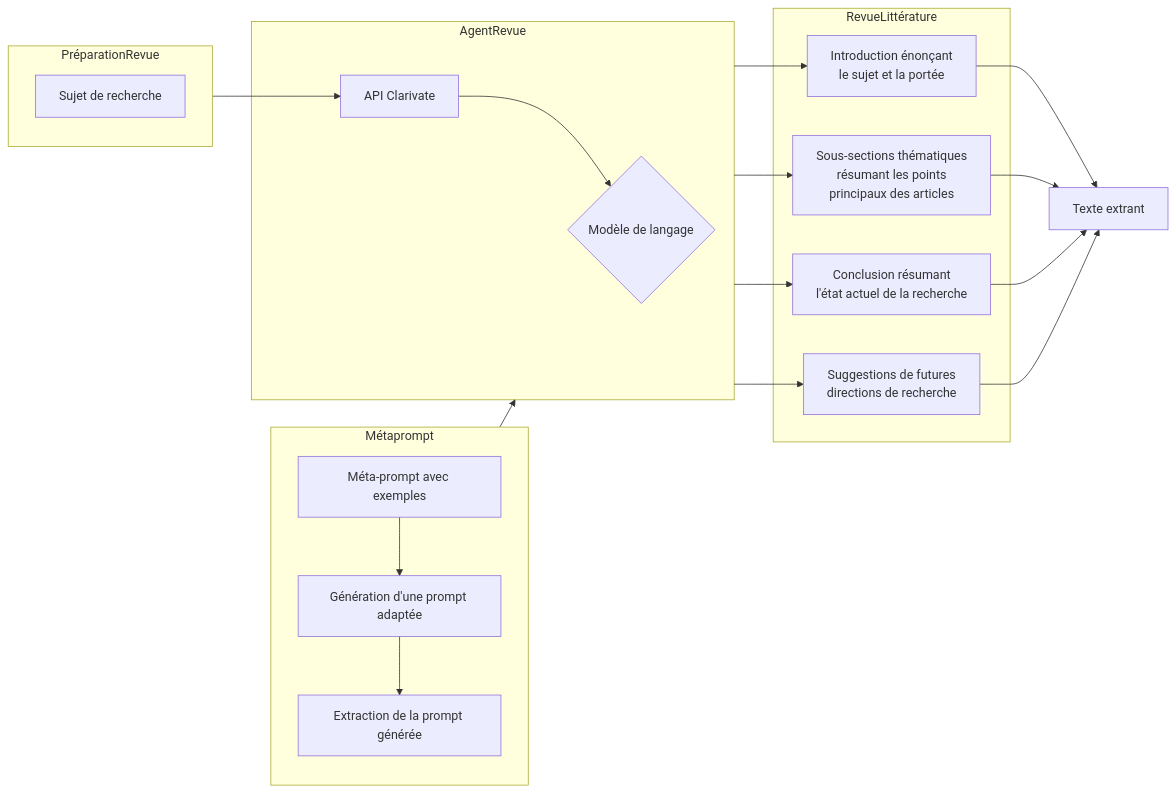
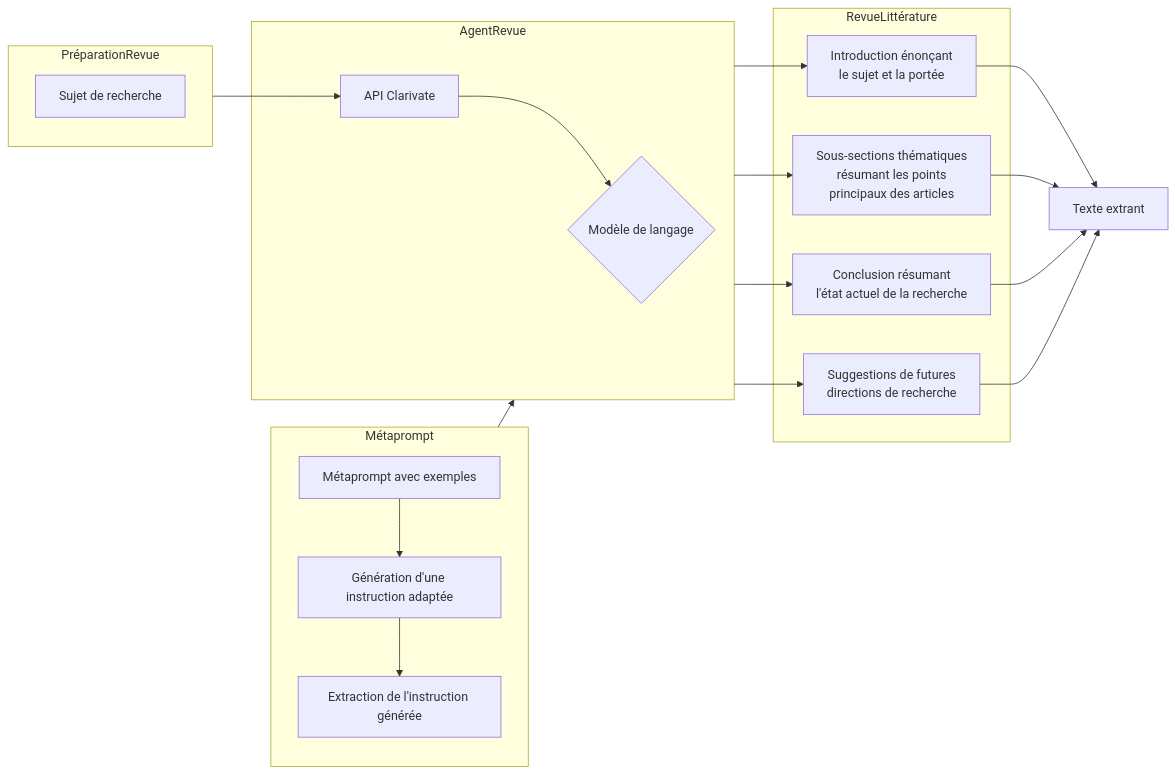
Before and after one commit to moblangeois/blangeois-irafpa-2024: the diagram in agents/reviewergraph.mermaid, drawn with Mermaid.

```diff
--- a/agents/reviewergraph.mermaid
+++ b/agents/reviewergraph.mermaid
@@ -1,35 +1,35 @@
 graph LR
 subgraph PréparationRevue
     A[Sujet de recherche] 
 end
 
 subgraph AgentRevue
 C{Modèle de langage} 
 D[API Clarivate] --> C
 end
 
 subgraph Métaprompt
-    E[Méta-prompt avec exemples] --> F
-    F[Génération d'une prompt adaptée] --> G
-    G[Extraction de la prompt générée]  
+    E[Métaprompt avec exemples] --> F
+    F[Génération d'une instruction adaptée] --> G
+    G[Extraction de l'instruction générée]  
 end
 
 Métaprompt --> AgentRevue
 PréparationRevue --> D
 
 subgraph RevueLittérature
 H[Introduction énonçant<br>le sujet et la portée]
 I[Sous-sections thématiques<br>résumant les points<br>principaux des articles] 
 J[Conclusion résumant<br>l'état actuel de la recherche]
 K[Suggestions de futures<br>directions de recherche]
 end
 
 H --> L[Texte extrant]
 I --> L
 J --> L
 K --> L
 
 AgentRevue --> H
 AgentRevue --> I
 AgentRevue --> J 
 AgentRevue --> K
```
